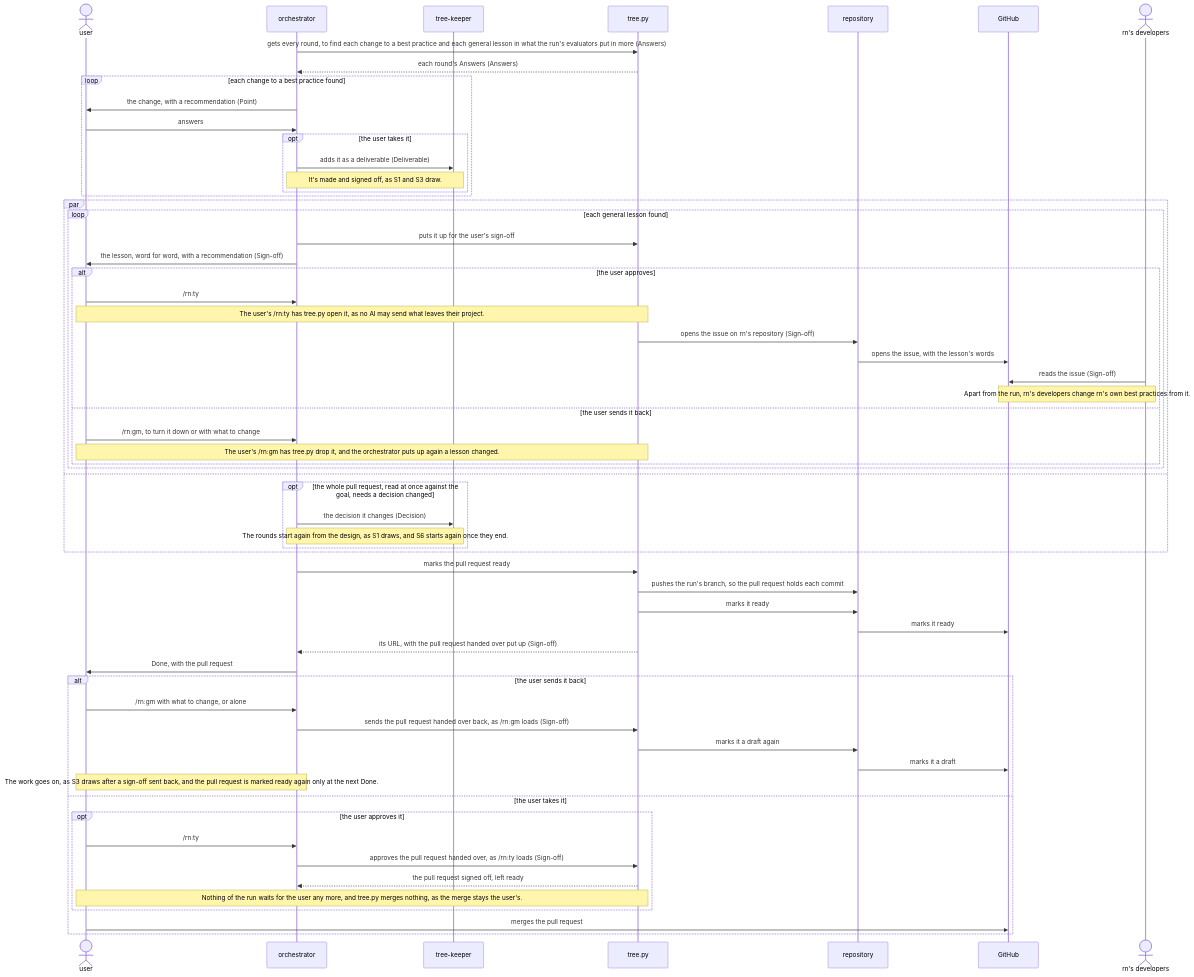
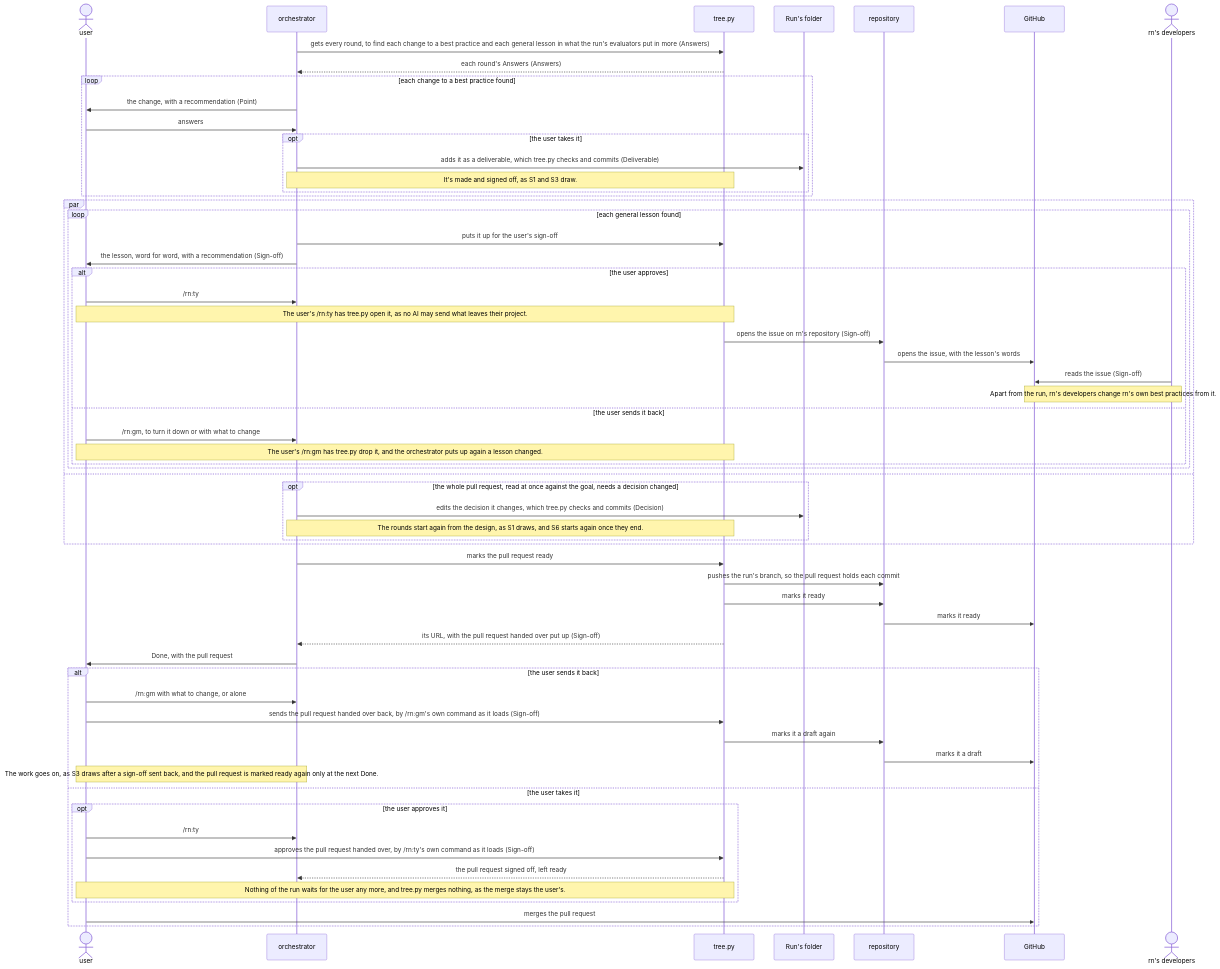
One commit to lovaizu/ccpm changed the sixth of 6 diagrams in dev/rn/architecture.md. Above: the diagram before and after it, drawn with Mermaid. The commit also changed other lines of this file and 4 other files, not shown here.

````diff
--- a/dev/rn/architecture.md
+++ b/dev/rn/architecture.md
@@ -437,63 +415,63 @@
 ```mermaid
 sequenceDiagram
   actor U as user
   participant O as orchestrator
-  participant K as tree-keeper
   participant T as tree.py
+  participant F as Run's folder
   participant RP as repository
   participant GH as GitHub
   actor D as rn's developers
   O->>T: gets every round, to find each change to a best practice and each general lesson in what the run's evaluators put in more (Answers)
   T-->>O: each round's Answers (Answers)
   loop each change to a best practice found
     O->>U: the change, with a recommendation (Point)
     U->>O: answers
     opt the user takes it
-      O->>K: adds it as a deliverable (Deliverable)
-      Note over O,K: It's made and signed off, as S1 and S3 draw.
+      O->>F: adds it as a deliverable, which tree.py checks and commits (Deliverable)
+      Note over O,T: It's made and signed off, as S1 and S3 draw.
     end
   end
   par
     loop each general lesson found
       O->>T: puts it up for the user's sign-off
       O->>U: the lesson, word for word, with a recommendation (Sign-off)
       alt the user approves
         U->>O: /rn:ty
         Note over U,T: The user's /rn:ty has tree.py open it, as no AI may send what leaves their project.
         T->>RP: opens the issue on rn's repository (Sign-off)
         RP->>GH: opens the issue, with the lesson's words
         D->>GH: reads the issue (Sign-off)
         Note over GH,D: Apart from the run, rn's developers change rn's own best practices from it.
       else the user sends it back
         U->>O: /rn:gm, to turn it down or with what to change
         Note over U,T: The user's /rn:gm has tree.py drop it, and the orchestrator puts up again a lesson changed.
       end
     end
   and
     opt the whole pull request, read at once against the goal, needs a decision changed
-      O->>K: the decision it changes (Decision)
-      Note over O,K: The rounds start again from the design, as S1 draws, and S6 starts again once they end.
+      O->>F: edits the decision it changes, which tree.py checks and commits (Decision)
+      Note over O,T: The rounds start again from the design, as S1 draws, and S6 starts again once they end.
     end
   end
   O->>T: marks the pull request ready
   T->>RP: pushes the run's branch, so the pull request holds each commit
   T->>RP: marks it ready
   RP->>GH: marks it ready
   T-->>O: its URL, with the pull request handed over put up (Sign-off)
   O->>U: Done, with the pull request
   alt the user sends it back
     U->>O: /rn:gm with what to change, or alone
-    O->>T: sends the pull request handed over back, as /rn:gm loads (Sign-off)
+    U->>T: sends the pull request handed over back, by /rn:gm's own command as it loads (Sign-off)
     T->>RP: marks it a draft again
     RP->>GH: marks it a draft
     Note over U,O: The work goes on, as S3 draws after a sign-off sent back, and the pull request is marked ready again only at the next Done.
   else the user takes it
     opt the user approves it
       U->>O: /rn:ty
-      O->>T: approves the pull request handed over, as /rn:ty loads (Sign-off)
+      U->>T: approves the pull request handed over, by /rn:ty's own command as it loads (Sign-off)
       T-->>O: the pull request signed off, left ready
       Note over U,T: Nothing of the run waits for the user any more, and tree.py merges nothing, as the merge stays the user's.
     end
     U->>GH: merges the pull request
   end
 ```
````
